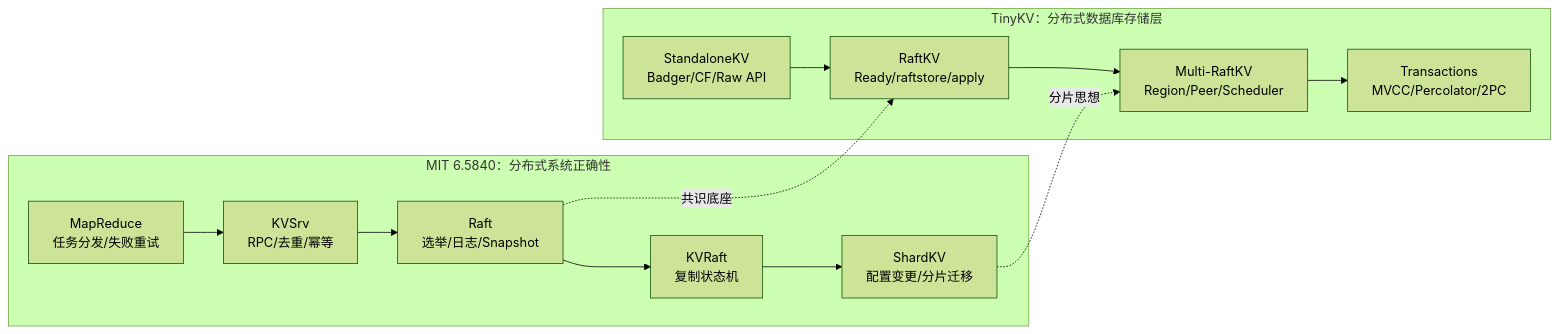
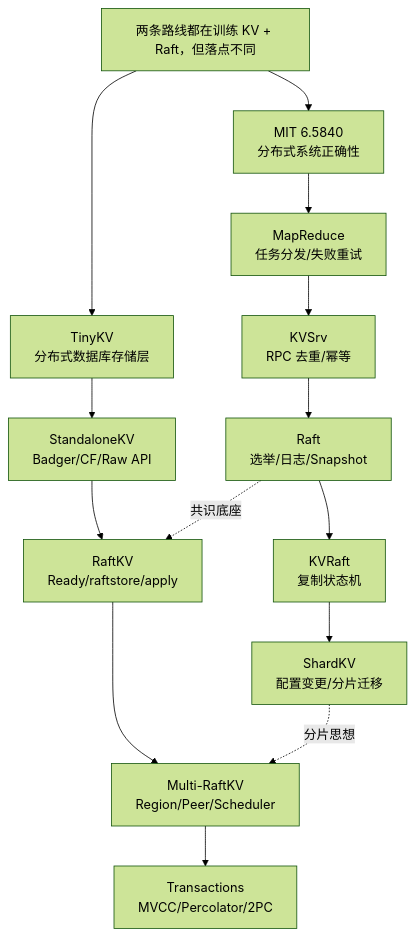
Before and after one commit to forwaryan/forwaryan.github.io: the first of 6 diagrams in source/_posts/07-MIT6.5840和TinyKV-从分布式系统到分布式数据库存储层.md, drawn with Mermaid (forest theme). The commit also changed other lines of this file and 4 other files, not shown here.

Commit message:
Improve diagram layout and zoom

```diff
--- a/source/_posts/07-MIT6.5840和TinyKV-从分布式系统到分布式数据库存储层.md
+++ b/source/_posts/07-MIT6.5840和TinyKV-从分布式系统到分布式数据库存储层.md
@@ -33,18 +33,20 @@
 {% mermaid %}
-flowchart LR
-    subgraph MIT["MIT 6.5840：分布式系统正确性"]
-        MR["MapReduce\n任务分发/失败重试"] --> KVS["KVSrv\nRPC/去重/幂等"]
-        KVS --> RAFT["Raft\n选举/日志/Snapshot"]
-        RAFT --> KVRAFT["KVRaft\n复制状态机"]
-        KVRAFT --> SHARD["ShardKV\n配置变更/分片迁移"]
-    end
+flowchart TB
+    ROOT["两条路线都在训练 KV + Raft，但落点不同"]
 
-    subgraph TINY["TinyKV：分布式数据库存储层"]
-        RAW["StandaloneKV\nBadger/CF/Raw API"] --> RK["RaftKV\nReady/raftstore/apply"]
-        RK --> MRK["Multi-RaftKV\nRegion/Peer/Scheduler"]
-        MRK --> TXN["Transactions\nMVCC/Percolator/2PC"]
-    end
+    ROOT --> MIT0["MIT 6.5840<br/>分布式系统正确性"]
+    MIT0 --> MR["MapReduce<br/>任务分发/失败重试"]
+    MR --> KVS["KVSrv<br/>RPC 去重/幂等"]
+    KVS --> RAFT["Raft<br/>选举/日志/Snapshot"]
+    RAFT --> KVRAFT["KVRaft<br/>复制状态机"]
+    KVRAFT --> SHARD["ShardKV<br/>配置变更/分片迁移"]
+
+    ROOT --> TINY0["TinyKV<br/>分布式数据库存储层"]
+    TINY0 --> RAW["StandaloneKV<br/>Badger/CF/Raw API"]
+    RAW --> RK["RaftKV<br/>Ready/raftstore/apply"]
+    RK --> MRK["Multi-RaftKV<br/>Region/Peer/Scheduler"]
+    MRK --> TXN["Transactions<br/>MVCC/Percolator/2PC"]
 
     RAFT -. "共识底座" .-> RK
     SHARD -. "分片思想" .-> MRK
 {% endmermaid %}
```
